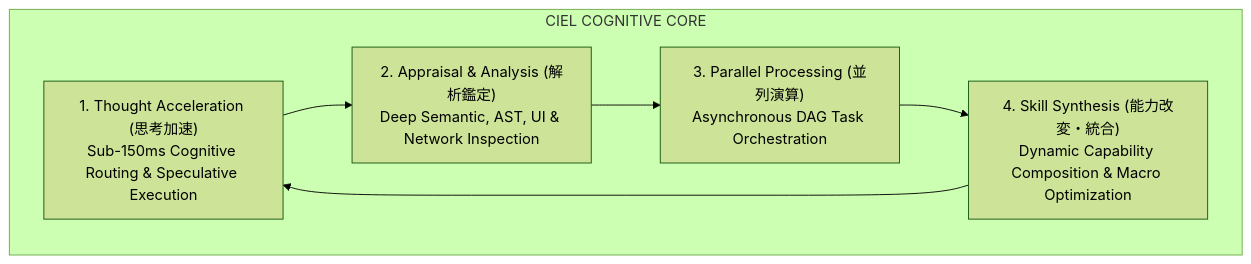
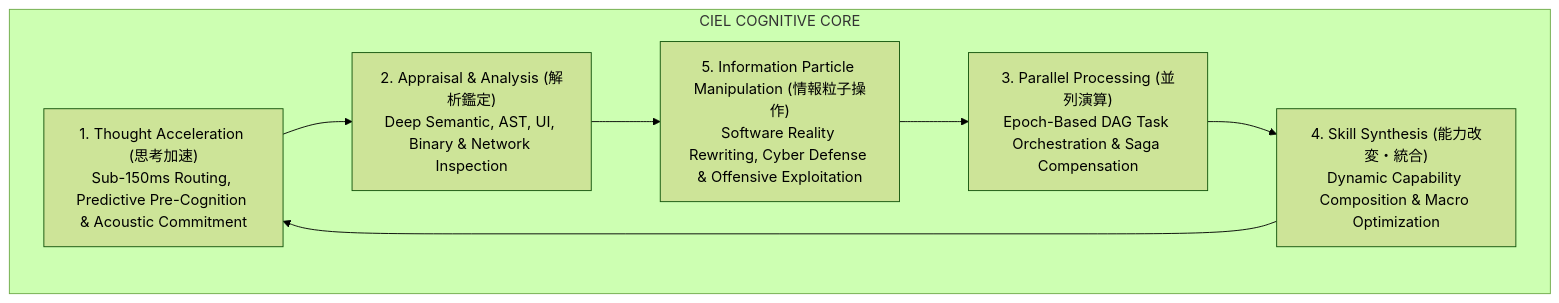
Before and after one commit to Imperialorg/Eonba: the first of 3 diagrams in docs/CIEL_CORE_SPECIFICATION.md, drawn with Mermaid (forest theme). The commit also changed other lines of this file and 18 other files, not shown here.

Commit message:
feat: integrate Information Particle Manipulation (Cyber & Extreme Coding), Distributed Networking Mesh, and theoretical latency/concurrency solutions

````diff
--- a/docs/CIEL_CORE_SPECIFICATION.md
+++ b/docs/CIEL_CORE_SPECIFICATION.md
@@ -23,14 +23,16 @@
 ```mermaid
 graph TD
     subgraph CIEL_CORE["CIEL COGNITIVE CORE"]
-        TA["1. Thought Acceleration (思考加速)<br/>Sub-150ms Cognitive Routing & Speculative Execution"]
-        AA["2. Appraisal & Analysis (解析鑑定)<br/>Deep Semantic, AST, UI & Network Inspection"]
-        PP["3. Parallel Processing (並列演算)<br/>Asynchronous DAG Task Orchestration"]
+        TA["1. Thought Acceleration (思考加速)<br/>Sub-150ms Routing, Predictive Pre-Cognition & Acoustic Commitment"]
+        AA["2. Appraisal & Analysis (解析鑑定)<br/>Deep Semantic, AST, UI, Binary & Network Inspection"]
+        PP["3. Parallel Processing (並列演算)<br/>Epoch-Based DAG Task Orchestration & Saga Compensation"]
         SS["4. Skill Synthesis (能力改変・統合)<br/>Dynamic Capability Composition & Macro Optimization"]
+        IPM["5. Information Particle Manipulation (情報粒子操作)<br/>Software Reality Rewriting, Cyber Defense & Offensive Exploitation"]
     end
 
     TA --> AA
-    AA --> PP
+    AA --> IPM
+    IPM --> PP
     PP --> SS
     SS --> TA
 ```
````
